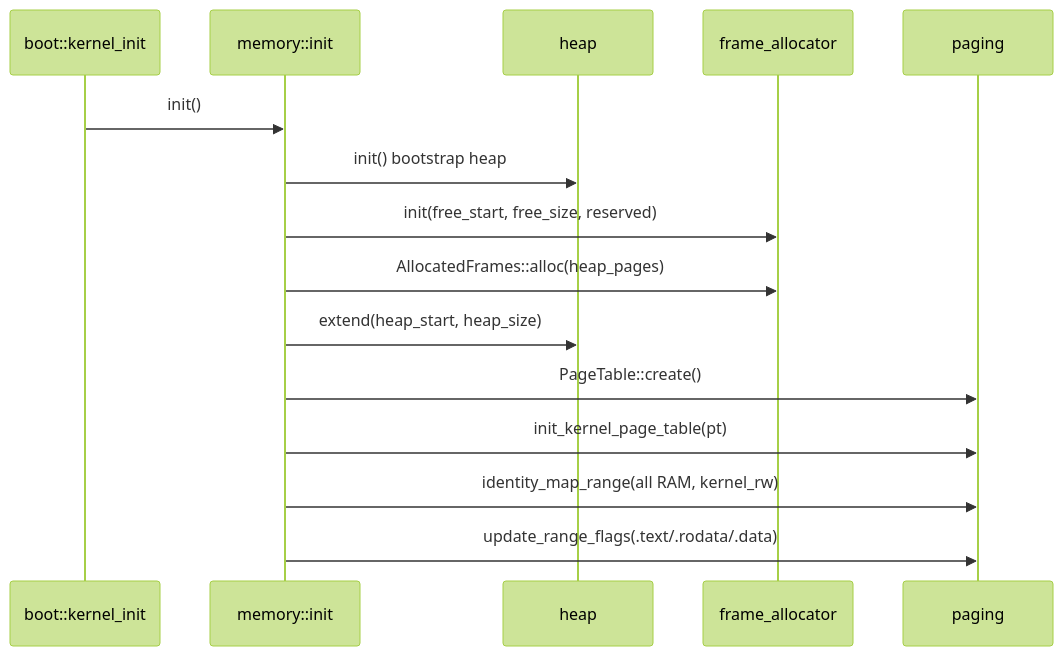
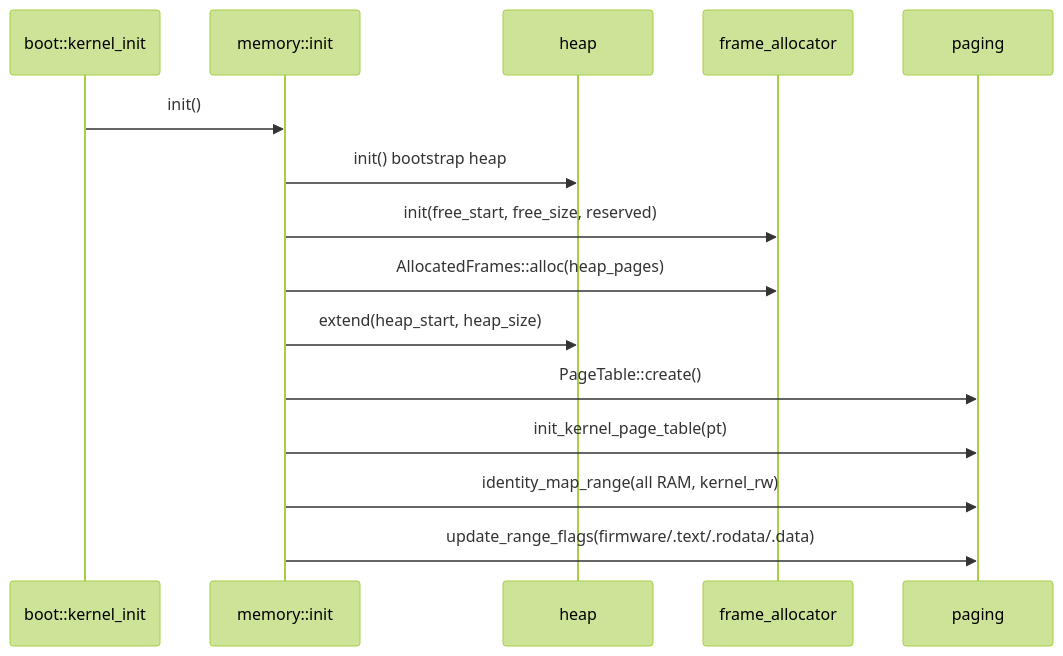
The second of 2 diagrams in crates/memory/AGENTS.md (MRNIU/SimpleKernel), drawn with Mermaid (forest theme) before and after one commit. The commit also changed 28 other files, not shown here.

````diff
--- a/crates/memory/AGENTS.md
+++ b/crates/memory/AGENTS.md
@@ -63,18 +63,18 @@
 ```mermaid
 sequenceDiagram
   participant Boot as boot::kernel_init
   participant Memory as memory::init
   participant Heap as heap
   participant Frame as frame_allocator
   participant Paging as paging
 
   Boot->>Memory: init()
   Memory->>Heap: init() bootstrap heap
   Memory->>Frame: init(free_start, free_size, reserved)
   Memory->>Frame: AllocatedFrames::alloc(heap_pages)
   Memory->>Heap: extend(heap_start, heap_size)
   Memory->>Paging: PageTable::create()
   Memory->>Paging: init_kernel_page_table(pt)
   Memory->>Paging: identity_map_range(all RAM, kernel_rw)
-  Memory->>Paging: update_range_flags(.text/.rodata/.data)
+  Memory->>Paging: update_range_flags(firmware/.text/.rodata/.data)
 ```
````
